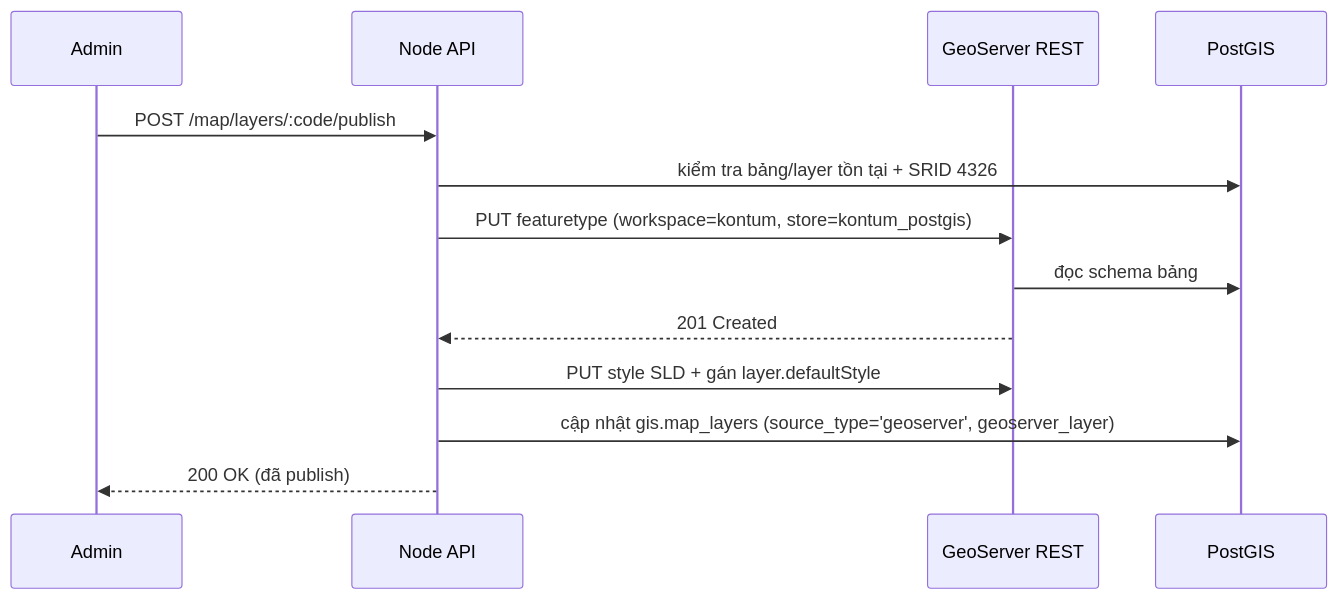
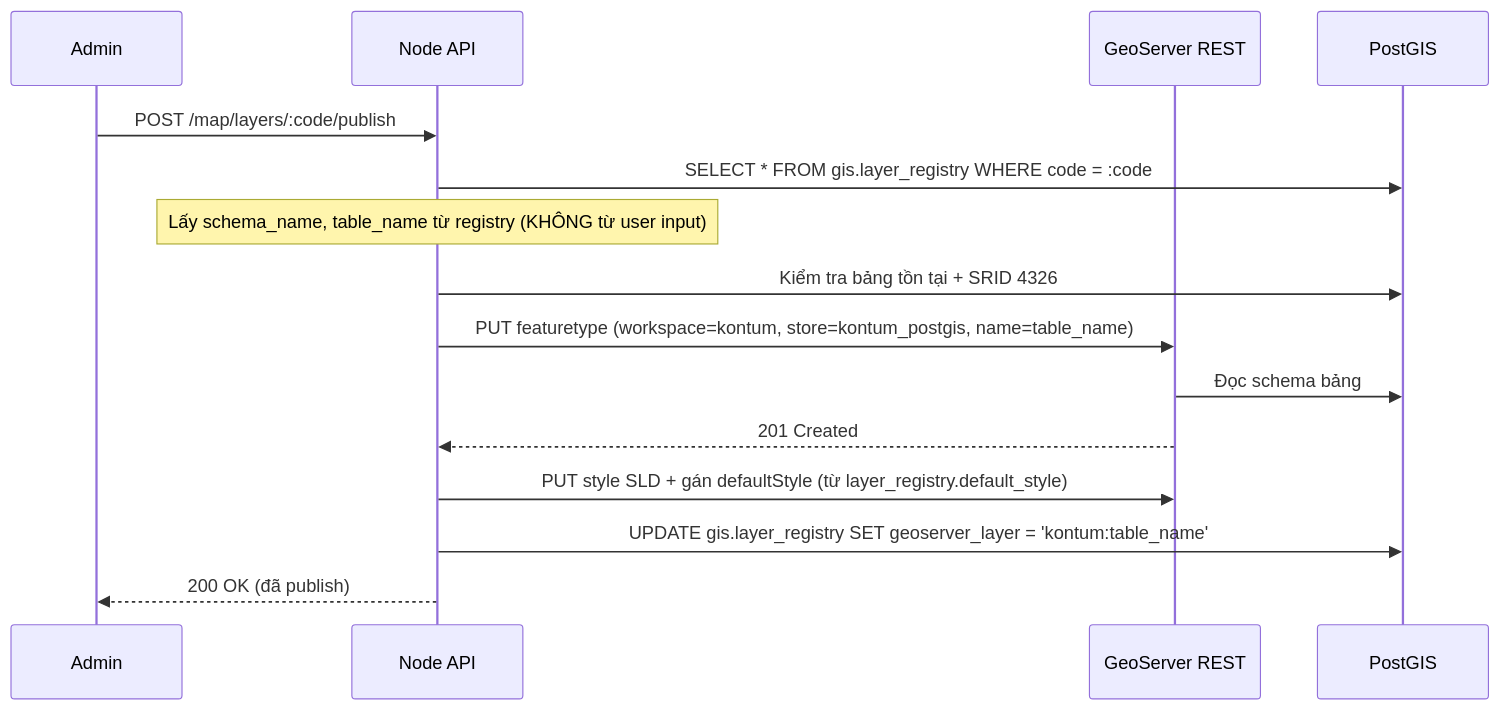
One commit to sylong2k3/server-kontum changed the second of 5 diagrams in docs/modules/12-geoserver-integration-design.md. Above: the diagram before and after it, drawn with Mermaid. The commit also changed other lines of this file and 94 other files, not shown here.

Commit message:
feat: implement GeoServer and PostGIS integration with automated map layer import, processing workers, and documentation

````diff
--- a/docs/modules/12-geoserver-integration-design.md
+++ b/docs/modules/12-geoserver-integration-design.md
@@ -70,16 +75,18 @@
 ```mermaid
 sequenceDiagram
     participant Admin
     participant API as Node API
     participant GS as GeoServer REST
     participant PG as PostGIS
 
     Admin->>API: POST /map/layers/:code/publish
-    API->>PG: kiểm tra bảng/layer tồn tại + SRID 4326
-    API->>GS: PUT featuretype (workspace=kontum, store=kontum_postgis)
-    GS->>PG: đọc schema bảng
+    API->>PG: SELECT * FROM gis.layer_registry WHERE code = :code
+    Note over API: Lấy schema_name, table_name từ registry (KHÔNG từ user input)
+    API->>PG: Kiểm tra bảng tồn tại + SRID 4326
+    API->>GS: PUT featuretype (workspace=kontum, store=kontum_postgis, name=table_name)
+    GS->>PG: Đọc schema bảng
     GS-->>API: 201 Created
-    API->>GS: PUT style SLD + gán layer.defaultStyle
-    API->>PG: cập nhật gis.map_layers (source_type='geoserver', geoserver_layer)
+    API->>GS: PUT style SLD + gán defaultStyle (từ layer_registry.default_style)
+    API->>PG: UPDATE gis.layer_registry SET geoserver_layer = 'kontum:table_name'
     API-->>Admin: 200 OK (đã publish)
 ```
````
